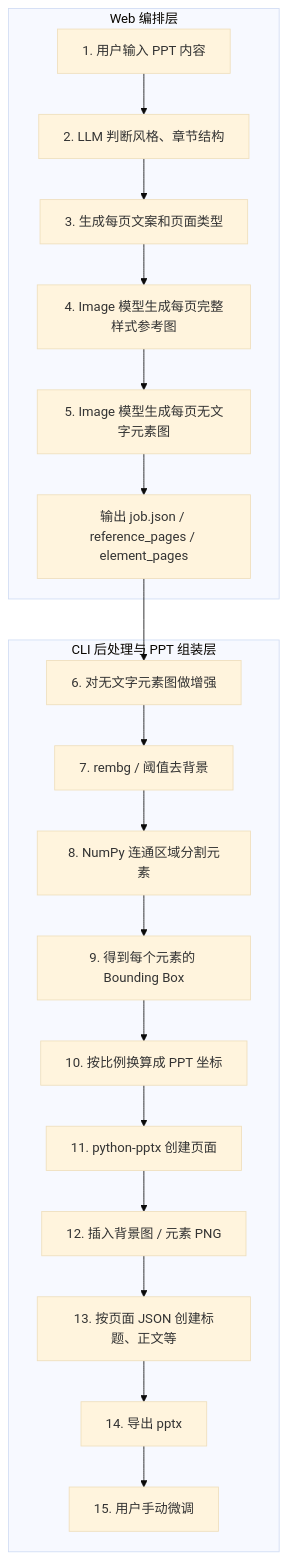
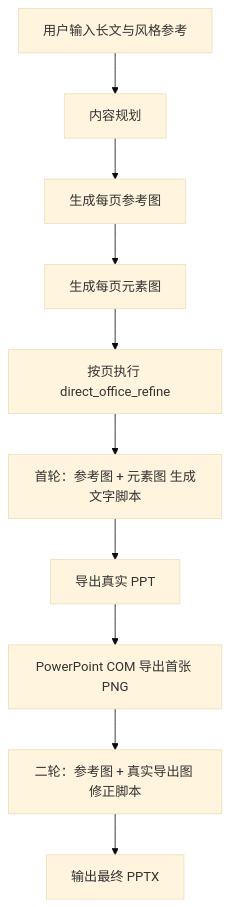
Before and after one commit to 1624899/ai-ppt-maker: the diagram in PPT_SYSTEM_README.md, drawn with Mermaid (base theme). The commit also changed other lines of this file and 63 other files, not shown here.

````diff
--- a/PPT_SYSTEM_README.md
+++ b/PPT_SYSTEM_README.md
@@ -11,23 +17,12 @@
 ```mermaid
 flowchart TD
-    subgraph WEB[Web 编排层]
-        A[1. 用户输入 PPT 内容] --> B[2. LLM 判断风格、章节结构]
-        B --> C[3. 生成每页文案和页面类型]
-        C --> D[4. Image 模型生成每页完整样式参考图]
-        D --> E[5. Image 模型生成每页无文字元素图]
-        E --> P[输出 job.json / reference_pages / element_pages]
-    end
-
-    subgraph CLI[CLI 后处理与 PPT 组装层]
-        P --> F[6. 对无文字元素图做增强]
-        F --> G[7. rembg / 阈值去背景]
-        G --> H[8. NumPy 连通区域分割元素]
-        H --> I[9. 得到每个元素的 Bounding Box]
-        I --> J[10. 按比例换算成 PPT 坐标]
-        J --> K[11. python-pptx 创建页面]
-        K --> L[12. 插入背景图 / 元素 PNG]
-        L --> M[13. 按页面 JSON 创建标题、正文等]
-        M --> N[14. 导出 pptx]
-        N --> O[15. 用户手动微调]
-    end
+    A[用户输入长文与风格参考] --> B[内容规划]
+    B --> C[生成每页参考图]
+    C --> D[生成每页元素图]
+    D --> E[按页执行 direct_office_refine]
+    E --> F[首轮：参考图 + 元素图 生成文字脚本]
+    F --> G[导出真实 PPT]
+    G --> H[PowerPoint COM 导出首张 PNG]
+    H --> I[二轮：参考图 + 真实导出图 修正脚本]
+    I --> J[输出最终 PPTX]
 ```
````
